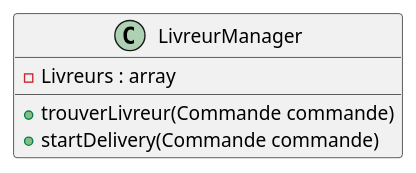
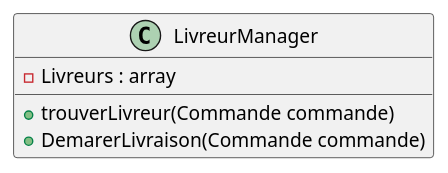
Before and after one commit to laurasullyalexandrine/expressfood: the diagram in Class/LivreurManager.puml, drawn with PlantUML. The commit also changed 2 other files, not shown here.

```diff
--- a/Class/LivreurManager.puml
+++ b/Class/LivreurManager.puml
@@ -1,11 +1,11 @@
 @startuml LivreurManager
 
 Class LivreurManager {
 
     - Livreurs : array
 
     + trouverLivreur(Commande commande)
-    + startDelivery(Commande commande)
+    + DemarerLivraison(Commande commande)
 }
 
 @enduml
```
